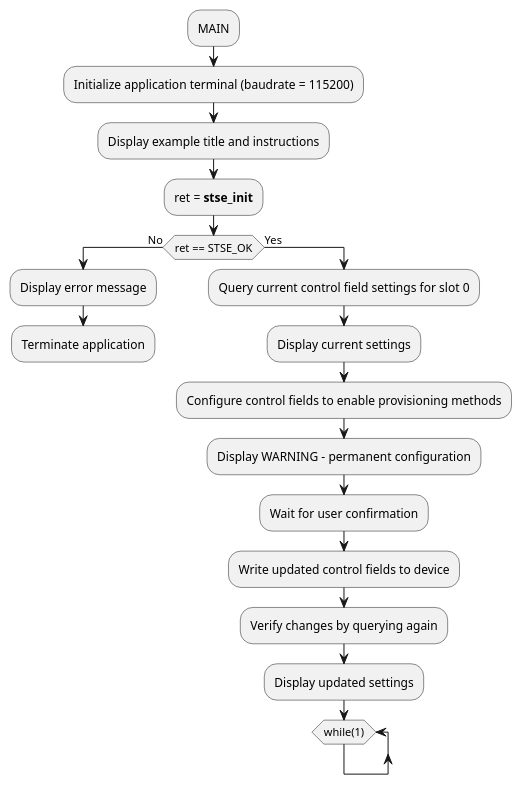
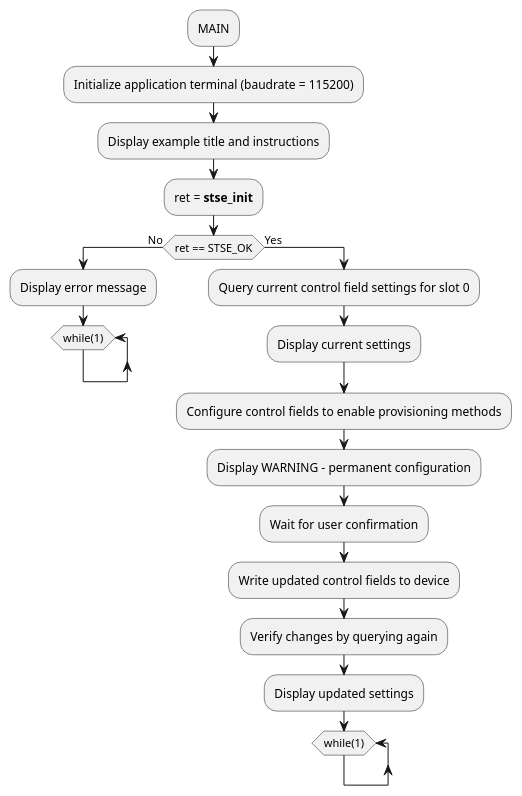
One commit to Grom-perso/STSAFE-A120_examples_dev changed the diagram in Documentation/resources/Markdown/03_Project_examples_description/Symmetric_key_provisioning_control_fields/STSAFE-A120_Symmetric_key_provisioning_control_fields.md. Above: the diagram before and after it, drawn with PlantUML. The commit also changed other lines of this file and 54 other files, not shown here.

```diff
--- a/Documentation/resources/Markdown/03_Project_examples_description/Symmetric_key_provisioning_control_fields/STSAFE-A120_Symmetric_key_provisioning_control_fields.md
+++ b/Documentation/resources/Markdown/03_Project_examples_description/Symmetric_key_provisioning_control_fields/STSAFE-A120_Symmetric_key_provisioning_control_fields.md
@@ -13,25 +11,26 @@
-@startuml{Symmetric_key_provisioning_control_fields_flowchart.png} "Symmetric Key Provisioning Control Fields flowchart" width=5cm
+@startuml "Symmetric Key Provisioning Control Fields flowchart" width=5cm
 	:MAIN;
 	:Initialize application terminal (baudrate = 115200);
 	:Display example title and instructions;
 	:ret = <b>stse_init</b>;
 	if(ret == STSE_OK) then (No)
 	:Display error message;
-	:Terminate application;
+	while (while(1))
+	end while
 	-[hidden]->
 	detach
 	else (Yes)
 	:Query current control field settings for slot 0;
 	:Display current settings;
 	:Configure control fields to enable provisioning methods;
 	:Display WARNING - permanent configuration;
 	:Wait for user confirmation;
 	:Write updated control fields to device;
 	:Verify changes by querying again;
 	:Display updated settings;
 	while (while(1))
 	end while
 	-[hidden]->
 	detach
 	endif
 @enduml
```
